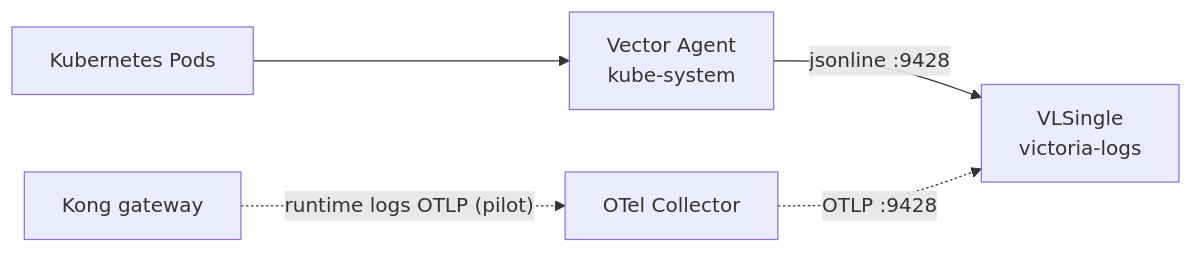
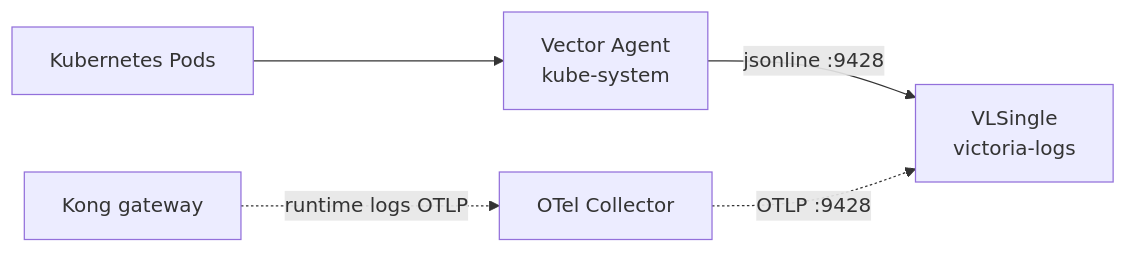
Before and after one commit to duynhlab/homelab: the sixth of 6 diagrams in docs/observability/metrics/victoriametrics.md, drawn with Mermaid. The commit also changed other lines of this file and 8 other files, not shown here.

First line of the commit message:
Restyle RFC-0014 observability diagrams (#482)

````diff
--- a/docs/observability/metrics/victoriametrics.md
+++ b/docs/observability/metrics/victoriametrics.md
@@ -538,7 +538,7 @@
 ```mermaid
 flowchart LR
     Pods["Kubernetes Pods"] --> Vector["Vector Agent<br/>kube-system"]
     Vector -->|"jsonline :9428"| VLSingle_f["VLSingle<br/>victoria-logs"]
-    Kong_f["Kong gateway"] -.->|"runtime logs OTLP (pilot)"| OTelC_f["OTel Collector"]
+    Kong_f["Kong gateway"] -.->|"runtime logs OTLP"| OTelC_f["OTel Collector"]
     OTelC_f -.->|"OTLP :9428"| VLSingle_f
 ```
````
